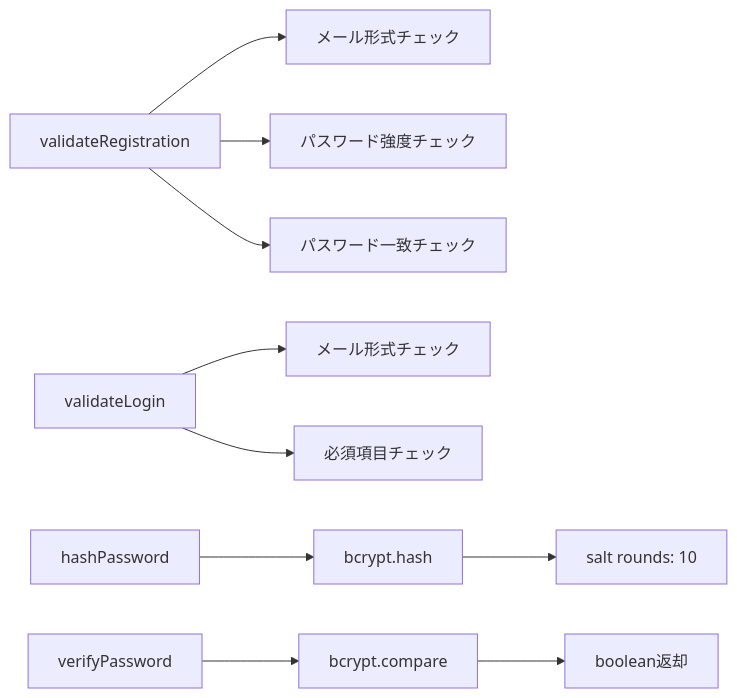
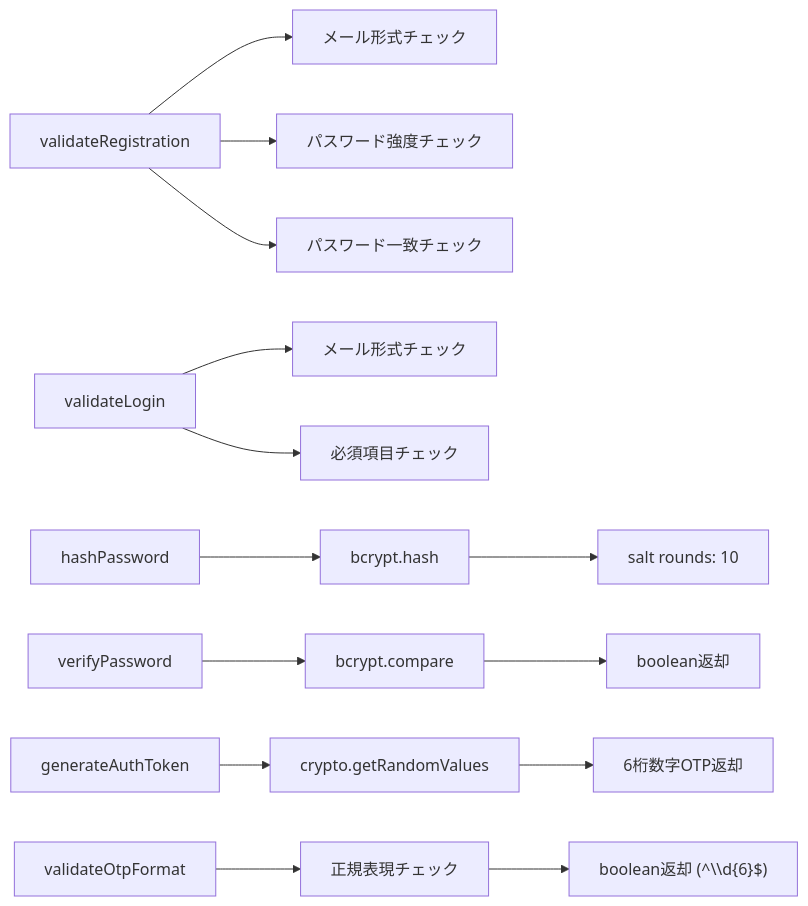
Before and after one commit to tezuka-Akihiro/ClaudeMix: the eighth of 18 diagrams in develop/account/authentication/data-flow-diagram.md, drawn with Mermaid. The commit also changed other lines of this file and 6 other files, not shown here.

````diff
--- a/develop/account/authentication/data-flow-diagram.md
+++ b/develop/account/authentication/data-flow-diagram.md
@@ -328,15 +468,21 @@
 ```mermaid
 graph LR
     A[validateRegistration] --> B[メール形式チェック]
     A --> C[パスワード強度チェック]
     A --> D[パスワード一致チェック]
 
     E[validateLogin] --> F[メール形式チェック]
     E --> G[必須項目チェック]
 
     H[hashPassword] --> I[bcrypt.hash]
     I --> J[salt rounds: 10]
 
     K[verifyPassword] --> L[bcrypt.compare]
     L --> M[boolean返却]
+
+    N[generateAuthToken] --> O[crypto.getRandomValues]
+    O --> P[6桁数字OTP返却]
+
+    Q[validateOtpFormat] --> R[正規表現チェック]
+    R --> S["boolean返却 (^\\d{6}$)"]
 ```
````
